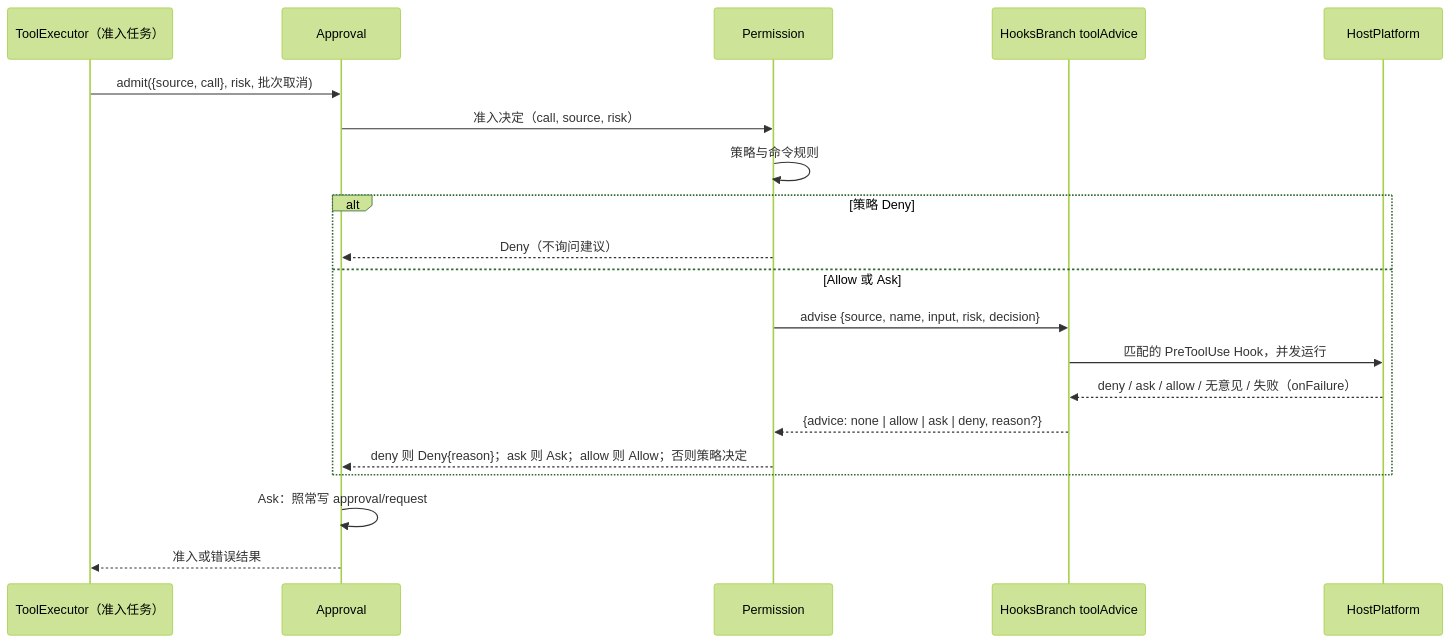
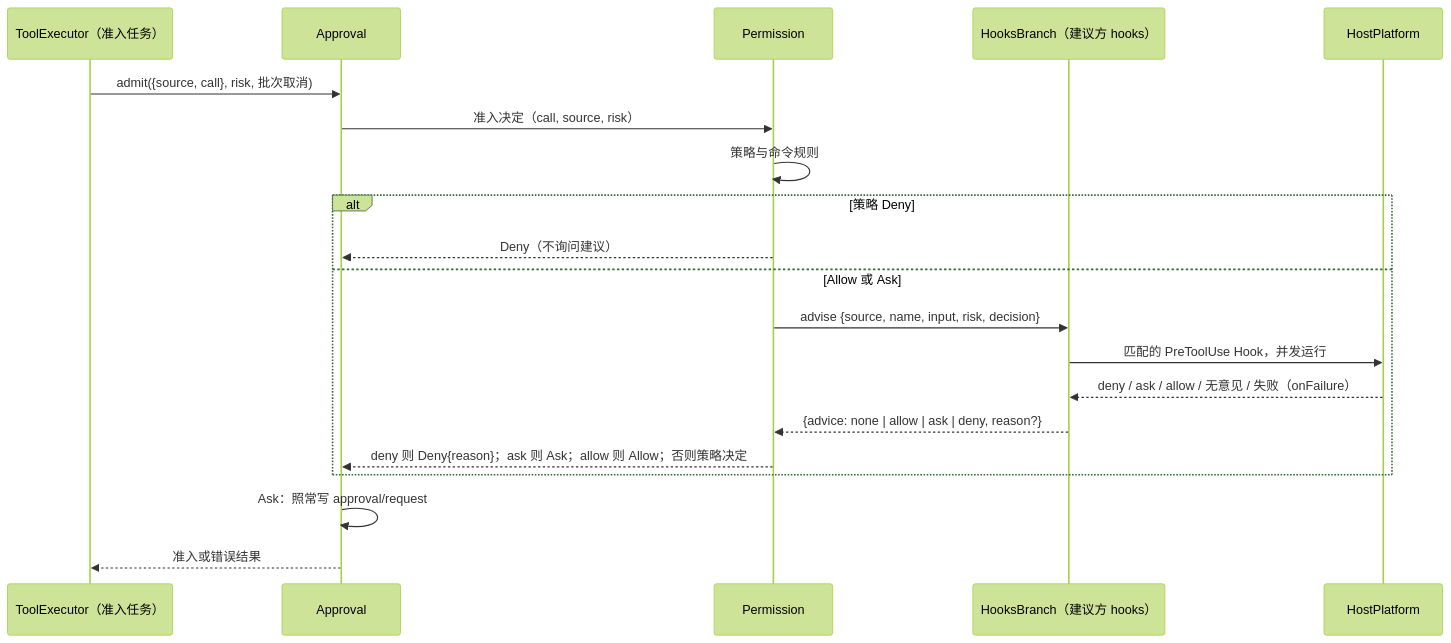
One commit to CoutinhoTTS/dim-agent changed the third of 6 diagrams in docs/zh/design/plugins/Hooks.md. Above: the diagram before and after it, drawn with Mermaid (forest theme). The commit also changed other lines of this file and 11 other files, not shown here.

````diff
--- a/docs/zh/design/plugins/Hooks.md
+++ b/docs/zh/design/plugins/Hooks.md
@@ -108,22 +110,22 @@
 ```mermaid
 sequenceDiagram
   participant TE as ToolExecutor（准入任务）
   participant AP as Approval
   participant PM as Permission
-  participant HB as HooksBranch toolAdvice
+  participant HB as HooksBranch（建议方 hooks）
   participant HP as HostPlatform
   TE->>AP: admit({source, call}, risk, 批次取消)
   AP->>PM: 准入决定（call, source, risk）
   PM->>PM: 策略与命令规则
   alt 策略 Deny
     PM-->>AP: Deny（不询问建议）
   else Allow 或 Ask
     PM->>HB: advise {source, name, input, risk, decision}
     HB->>HP: 匹配的 PreToolUse Hook，并发运行
     HP-->>HB: deny / ask / allow / 无意见 / 失败（onFailure）
     HB-->>PM: {advice: none | allow | ask | deny, reason?}
     PM-->>AP: deny 则 Deny{reason}；ask 则 Ask；allow 则 Allow；否则策略决定
   end
   AP->>AP: Ask：照常写 approval/request
   AP-->>TE: 准入或错误结果
 ```
````
